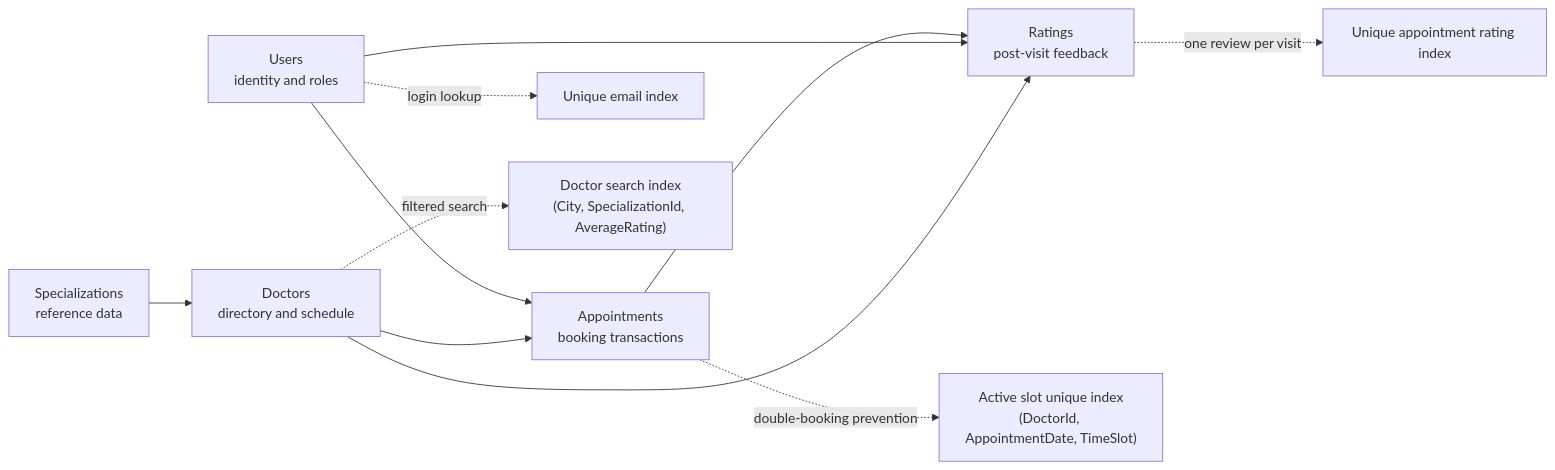
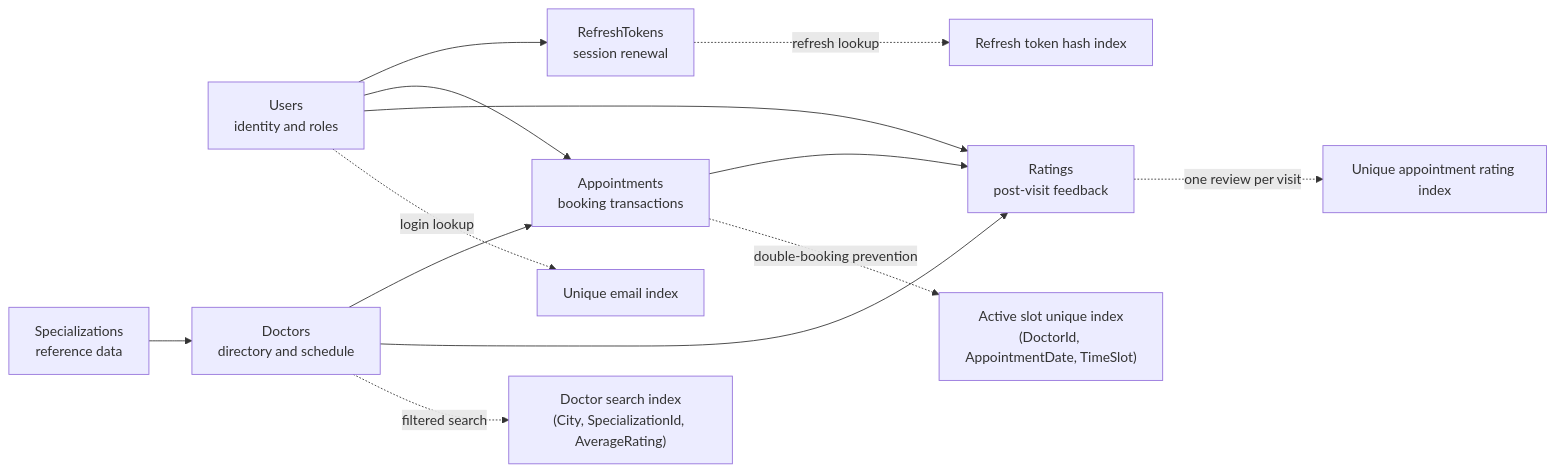
One commit to HarshRaj2807/Capstone changed the diagram in database/Database_Design.md. Above: the diagram before and after it, drawn with Mermaid. The commit also changed other lines of this file and 78 other files, not shown here.

````diff
--- a/database/Database_Design.md
+++ b/database/Database_Design.md
@@ -24,25 +25,29 @@
 ```mermaid
 flowchart LR
     U["Users<br/>identity and roles"]
+    RT["RefreshTokens<br/>session renewal"]
     S["Specializations<br/>reference data"]
     D["Doctors<br/>directory and schedule"]
     A["Appointments<br/>booking transactions"]
     R["Ratings<br/>post-visit feedback"]
 
     S --> D
+    U --> RT
     U --> A
     D --> A
     A --> R
     U --> R
     D --> R
 
     I1["Unique email index"]
+    I5["Refresh token hash index"]
     I2["Doctor search index<br/>(City, SpecializationId, AverageRating)"]
     I3["Active slot unique index<br/>(DoctorId, AppointmentDate, TimeSlot)"]
     I4["Unique appointment rating index"]
 
     U -. login lookup .-> I1
+    RT -. refresh lookup .-> I5
     D -. filtered search .-> I2
     A -. double-booking prevention .-> I3
     R -. one review per visit .-> I4
 ```
````
